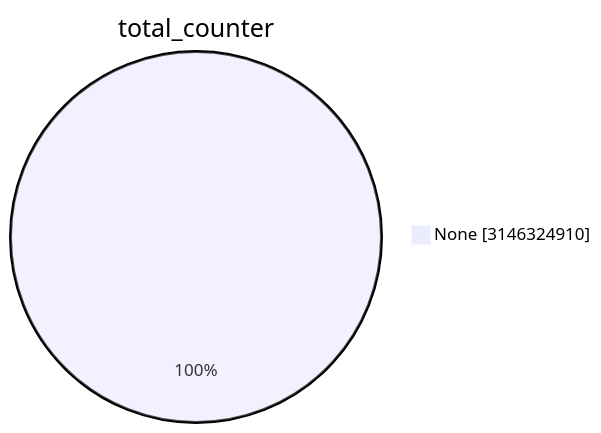
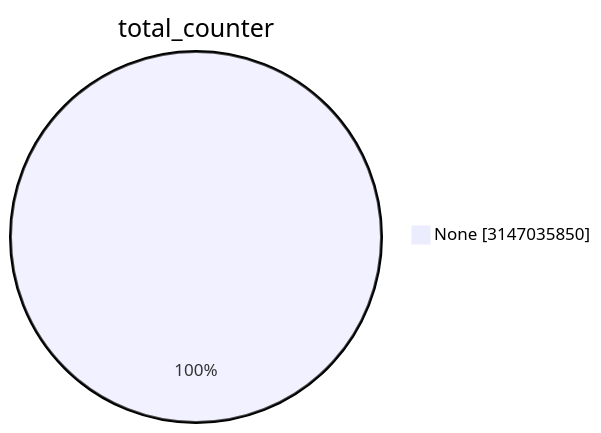
The first of 15 diagrams in TOTAL/README.md (christiankrug/ctmonitor_visualization), drawn with Mermaid before and after one commit. The commit also changed other lines of this file, not shown here.

````diff
--- a/TOTAL/README.md
+++ b/TOTAL/README.md
@@ -1,5 +1,5 @@
 ```mermaid
 pie showData
 title total_counter
-"None" :3146324910
+"None" :3147035850
 ```
````
